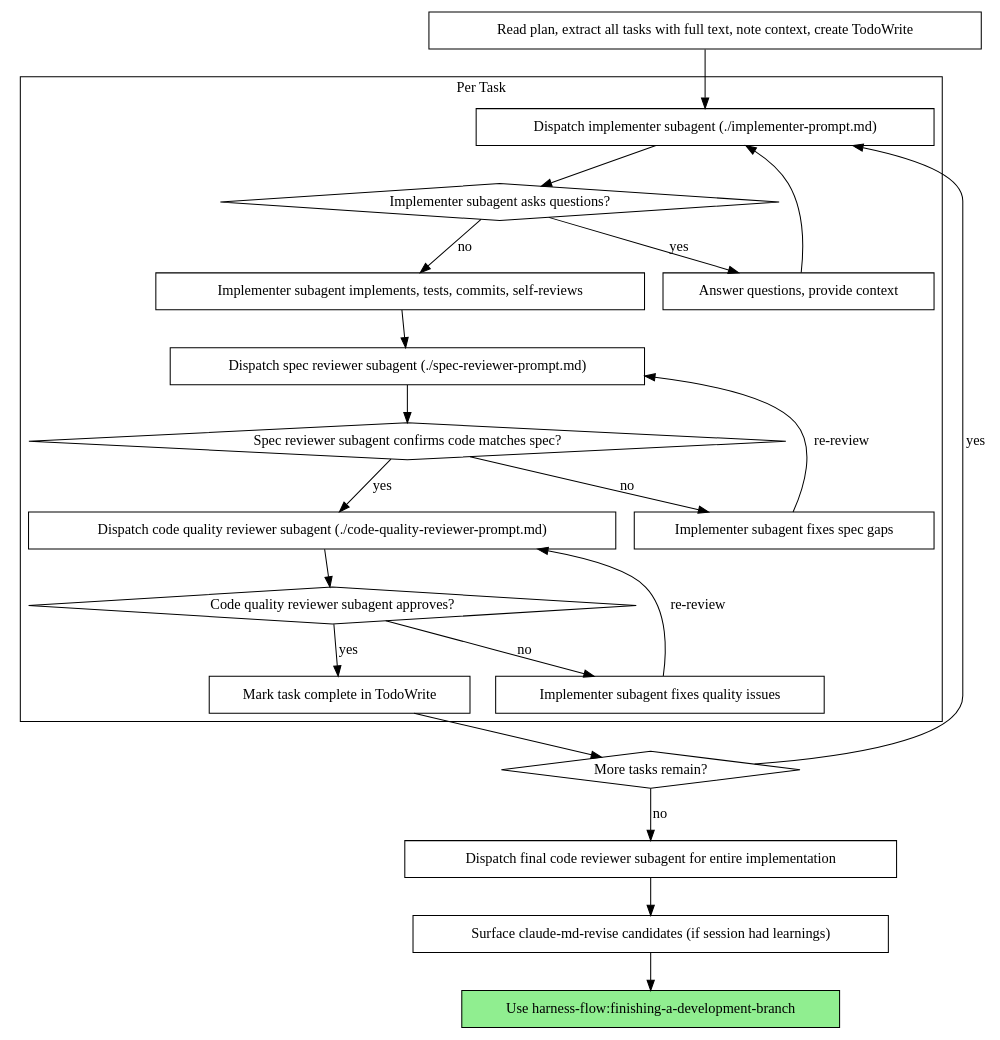
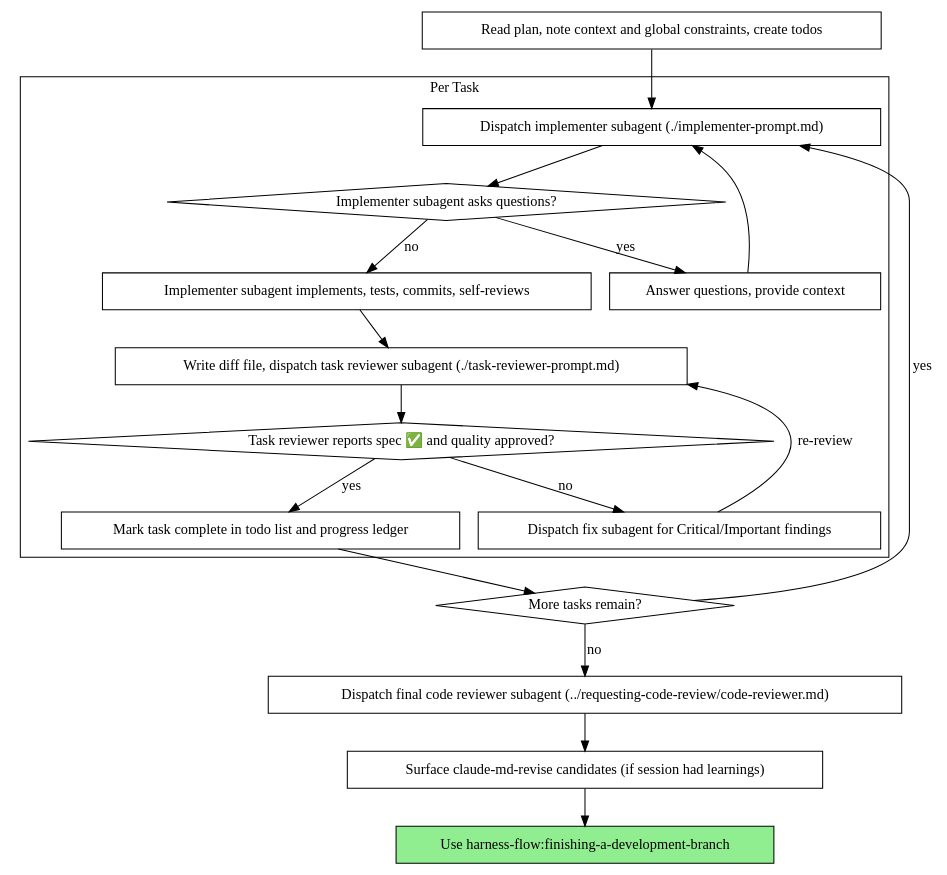
The second of 2 diagrams in skills/subagent-driven-development/SKILL.md (wonjinsin/harness-flow), drawn with Graphviz before and after one commit. The commit also changed other lines of this file and 16 other files, not shown here.

````diff
--- a/skills/subagent-driven-development/SKILL.md
+++ b/skills/subagent-driven-development/SKILL.md
@@ -34,46 +37,39 @@
 ```dot
 digraph process {
     rankdir=TB;
 
     subgraph cluster_per_task {
         label="Per Task";
         "Dispatch implementer subagent (./implementer-prompt.md)" [shape=box];
         "Implementer subagent asks questions?" [shape=diamond];
         "Answer questions, provide context" [shape=box];
         "Implementer subagent implements, tests, commits, self-reviews" [shape=box];
-        "Dispatch spec reviewer subagent (./spec-reviewer-prompt.md)" [shape=box];
-        "Spec reviewer subagent confirms code matches spec?" [shape=diamond];
-        "Implementer subagent fixes spec gaps" [shape=box];
-        "Dispatch code quality reviewer subagent (./code-quality-reviewer-prompt.md)" [shape=box];
-        "Code quality reviewer subagent approves?" [shape=diamond];
-        "Implementer subagent fixes quality issues" [shape=box];
-        "Mark task complete in TodoWrite" [shape=box];
+        "Write diff file, dispatch task reviewer subagent (./task-reviewer-prompt.md)" [shape=box];
+        "Task reviewer reports spec ✅ and quality approved?" [shape=diamond];
+        "Dispatch fix subagent for Critical/Important findings" [shape=box];
+        "Mark task complete in todo list and progress ledger" [shape=box];
     }
 
-    "Read plan, extract all tasks with full text, note context, create TodoWrite" [shape=box];
+    "Read plan, note context and global constraints, create todos" [shape=box];
     "More tasks remain?" [shape=diamond];
-    "Dispatch final code reviewer subagent for entire implementation" [shape=box];
+    "Dispatch final code reviewer subagent (../requesting-code-review/code-reviewer.md)" [shape=box];
     "Surface claude-md-revise candidates (if session had learnings)" [shape=box];
     "Use harness-flow:finishing-a-development-branch" [shape=box style=filled fillcolor=lightgreen];
 
-    "Read plan, extract all tasks with full text, note context, create TodoWrite" -> "Dispatch implementer subagent (./implementer-prompt.md)";
+    "Read plan, note context and global constraints, create todos" -> "Dispatch implementer subagent (./implementer-prompt.md)";
     "Dispatch implementer subagent (./implementer-prompt.md)" -> "Implementer subagent asks questions?";
     "Implementer subagent asks questions?" -> "Answer questions, provide context" [label="yes"];
     "Answer questions, provide context" -> "Dispatch implementer subagent (./implementer-prompt.md)";
     "Implementer subagent asks questions?" -> "Implementer subagent implements, tests, commits, self-reviews" [label="no"];
-    "Implementer subagent implements, tests, commits, self-reviews" -> "Dispatch spec reviewer subagent (./spec-reviewer-prompt.md)";
-    "Dispatch spec reviewer subagent (./spec-reviewer-prompt.md)" -> "Spec reviewer subagent confirms code matches spec?";
-    "Spec reviewer subagent confirms code matches spec?" -> "Implementer subagent fixes spec gaps" [label="no"];
-    "Implementer subagent fixes spec gaps" -> "Dispatch spec reviewer subagent (./spec-reviewer-prompt.md)" [label="re-review"];
-    "Spec reviewer subagent confirms code matches spec?" -> "Dispatch code quality reviewer subagent (./code-quality-reviewer-prompt.md)" [label="yes"];
-    "Dispatch code quality reviewer subagent (./code-quality-reviewer-prompt.md)" -> "Code quality reviewer subagent approves?";
-    "Code quality reviewer subagent approves?" -> "Implementer subagent fixes quality issues" [label="no"];
-    "Implementer subagent fixes quality issues" -> "Dispatch code quality reviewer subagent (./code-quality-reviewer-prompt.md)" [label="re-review"];
-    "Code quality reviewer subagent approves?" -> "Mark task complete in TodoWrite" [label="yes"];
-    "Mark task complete in TodoWrite" -> "More tasks remain?";
+    "Implementer subagent implements, tests, commits, self-reviews" -> "Write diff file, dispatch task reviewer subagent (./task-reviewer-prompt.md)";
+    "Write diff file, dispatch task reviewer subagent (./task-reviewer-prompt.md)" -> "Task reviewer reports spec ✅ and quality approved?";
+    "Task reviewer reports spec ✅ and quality approved?" -> "Dispatch fix subagent for Critical/Important findings" [label="no"];
+    "Dispatch fix subagent for Critical/Important findings" -> "Write diff file, dispatch task reviewer subagent (./task-reviewer-prompt.md)" [label="re-review"];
+    "Task reviewer reports spec ✅ and quality approved?" -> "Mark task complete in todo list and progress ledger" [label="yes"];
+    "Mark task complete in todo list and progress ledger" -> "More tasks remain?";
     "More tasks remain?" -> "Dispatch implementer subagent (./implementer-prompt.md)" [label="yes"];
-    "More tasks remain?" -> "Dispatch final code reviewer subagent for entire implementation" [label="no"];
-    "Dispatch final code reviewer subagent for entire implementation" -> "Surface claude-md-revise candidates (if session had learnings)";
+    "More tasks remain?" -> "Dispatch final code reviewer subagent (../requesting-code-review/code-reviewer.md)" [label="no"];
+    "Dispatch final code reviewer subagent (../requesting-code-review/code-reviewer.md)" -> "Surface claude-md-revise candidates (if session had learnings)";
     "Surface claude-md-revise candidates (if session had learnings)" -> "Use harness-flow:finishing-a-development-branch";
 }
 ```
````
